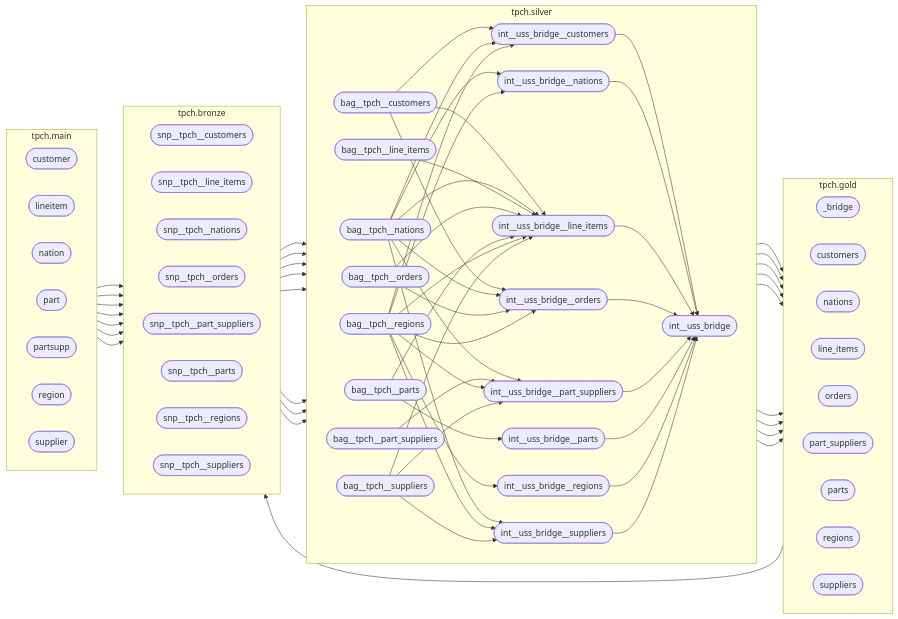
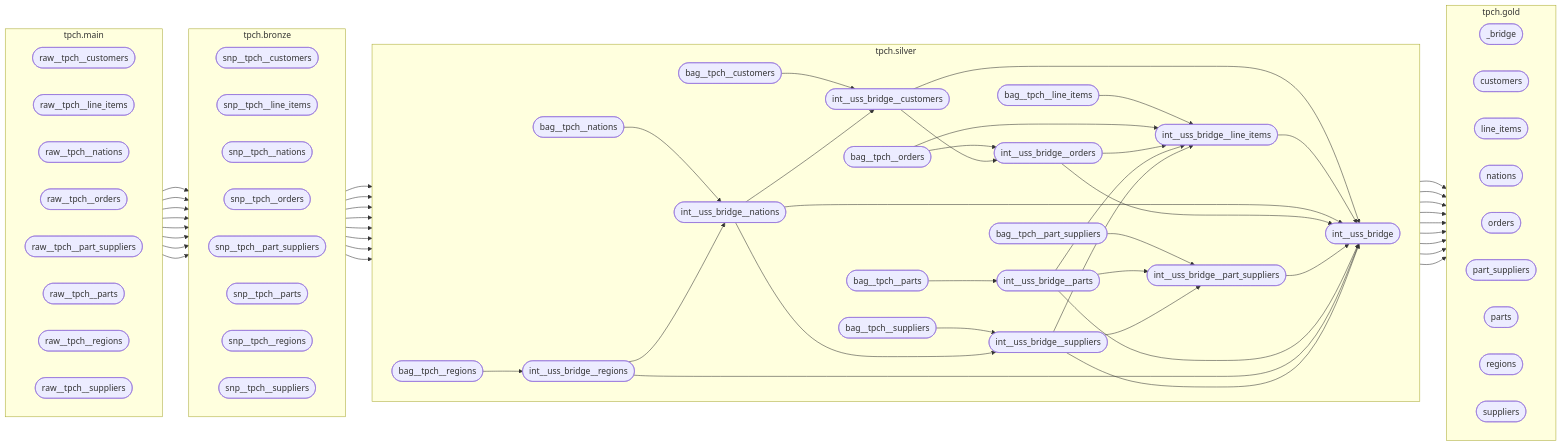
One commit to mattiasthalen/tpch changed the diagram in dag.mmd. Above: the diagram before and after it, drawn with Mermaid. The commit also changed 10 other files, not shown here.

```diff
--- a/dag.mmd
+++ b/dag.mmd
@@ -1,124 +1,117 @@
 flowchart LR
     subgraph tpch.bronze["tpch.bronze"]
         direction LR
         snp__tpch__customers(["snp__tpch__customers"])
         snp__tpch__line_items(["snp__tpch__line_items"])
         snp__tpch__nations(["snp__tpch__nations"])
         snp__tpch__orders(["snp__tpch__orders"])
         snp__tpch__part_suppliers(["snp__tpch__part_suppliers"])
         snp__tpch__parts(["snp__tpch__parts"])
         snp__tpch__regions(["snp__tpch__regions"])
         snp__tpch__suppliers(["snp__tpch__suppliers"])
     end
 
     subgraph tpch.silver["tpch.silver"]
         direction LR
         bag__tpch__customers(["bag__tpch__customers"])
+        bag__tpch__line_items(["bag__tpch__line_items"])
         bag__tpch__nations(["bag__tpch__nations"])
-        bag__tpch__line_items(["bag__tpch__line_items"])
         bag__tpch__orders(["bag__tpch__orders"])
         bag__tpch__part_suppliers(["bag__tpch__part_suppliers"])
         bag__tpch__parts(["bag__tpch__parts"])
         bag__tpch__regions(["bag__tpch__regions"])
         bag__tpch__suppliers(["bag__tpch__suppliers"])
         int__uss_bridge(["int__uss_bridge"])
         int__uss_bridge__customers(["int__uss_bridge__customers"])
+        int__uss_bridge__line_items(["int__uss_bridge__line_items"])
         int__uss_bridge__nations(["int__uss_bridge__nations"])
-        int__uss_bridge__line_items(["int__uss_bridge__line_items"])
         int__uss_bridge__orders(["int__uss_bridge__orders"])
         int__uss_bridge__part_suppliers(["int__uss_bridge__part_suppliers"])
         int__uss_bridge__parts(["int__uss_bridge__parts"])
         int__uss_bridge__regions(["int__uss_bridge__regions"])
         int__uss_bridge__suppliers(["int__uss_bridge__suppliers"])
     end
 
     subgraph tpch.gold["tpch.gold"]
         direction LR
         _bridge(["_bridge"])
         customers(["customers"])
+        line_items(["line_items"])
         nations(["nations"])
-        line_items(["line_items"])
         orders(["orders"])
         part_suppliers(["part_suppliers"])
         parts(["parts"])
         regions(["regions"])
         suppliers(["suppliers"])
     end
 
     subgraph tpch.main["tpch.main"]
         direction LR
-        customer(["customer"])
-        lineitem(["lineitem"])
-        nation(["nation"])
-        orders(["orders"])
-        part(["part"])
-        partsupp(["partsupp"])
-        region(["region"])
-        supplier(["supplier"])
+        raw__tpch__customers(["raw__tpch__customers"])
+        raw__tpch__line_items(["raw__tpch__line_items"])
+        raw__tpch__nations(["raw__tpch__nations"])
+        raw__tpch__orders(["raw__tpch__orders"])
+        raw__tpch__part_suppliers(["raw__tpch__part_suppliers"])
+        raw__tpch__parts(["raw__tpch__parts"])
+        raw__tpch__regions(["raw__tpch__regions"])
+        raw__tpch__suppliers(["raw__tpch__suppliers"])
     end
 
     %% tpch.bronze -> tpch.silver
     snp__tpch__customers --> bag__tpch__customers
     snp__tpch__line_items --> bag__tpch__line_items
     snp__tpch__nations --> bag__tpch__nations
     snp__tpch__orders --> bag__tpch__orders
     snp__tpch__part_suppliers --> bag__tpch__part_suppliers
     snp__tpch__parts --> bag__tpch__parts
     snp__tpch__regions --> bag__tpch__regions
     snp__tpch__suppliers --> bag__tpch__suppliers
 
     %% tpch.silver -> tpch.silver
     bag__tpch__customers --> int__uss_bridge__customers
-    bag__tpch__customers --> int__uss_bridge__line_items
-    bag__tpch__customers --> int__uss_bridge__orders
-    bag__tpch__nations --> int__uss_bridge__customers
+    bag__tpch__line_items --> int__uss_bridge__line_items
     bag__tpch__nations --> int__uss_bridge__nations
-    bag__tpch__nations --> int__uss_bridge__line_items
-    bag__tpch__nations --> int__uss_bridge__orders
-    bag__tpch__nations --> int__uss_bridge__part_suppliers
-    bag__tpch__nations --> int__uss_bridge__suppliers
-    bag__tpch__line_items --> int__uss_bridge__line_items
     bag__tpch__orders --> int__uss_bridge__line_items
     bag__tpch__orders --> int__uss_bridge__orders
     bag__tpch__part_suppliers --> int__uss_bridge__part_suppliers
-    bag__tpch__parts --> int__uss_bridge__line_items
     bag__tpch__parts --> int__uss_bridge__parts
-    bag__tpch__regions --> int__uss_bridge__customers
-    bag__tpch__regions --> int__uss_bridge__nations
-    bag__tpch__regions --> int__uss_bridge__line_items
-    bag__tpch__regions --> int__uss_bridge__orders
-    bag__tpch__regions --> int__uss_bridge__part_suppliers
     bag__tpch__regions --> int__uss_bridge__regions
-    bag__tpch__regions --> int__uss_bridge__suppliers
-    bag__tpch__suppliers --> int__uss_bridge__line_items
-    bag__tpch__suppliers --> int__uss_bridge__part_suppliers
     bag__tpch__suppliers --> int__uss_bridge__suppliers
     int__uss_bridge__customers --> int__uss_bridge
+    int__uss_bridge__customers --> int__uss_bridge__orders
+    int__uss_bridge__line_items --> int__uss_bridge
     int__uss_bridge__nations --> int__uss_bridge
-    int__uss_bridge__line_items --> int__uss_bridge
+    int__uss_bridge__nations --> int__uss_bridge__customers
+    int__uss_bridge__nations --> int__uss_bridge__suppliers
     int__uss_bridge__orders --> int__uss_bridge
+    int__uss_bridge__orders --> int__uss_bridge__line_items
     int__uss_bridge__part_suppliers --> int__uss_bridge
     int__uss_bridge__parts --> int__uss_bridge
+    int__uss_bridge__parts --> int__uss_bridge__line_items
+    int__uss_bridge__parts --> int__uss_bridge__part_suppliers
     int__uss_bridge__regions --> int__uss_bridge
+    int__uss_bridge__regions --> int__uss_bridge__nations
     int__uss_bridge__suppliers --> int__uss_bridge
+    int__uss_bridge__suppliers --> int__uss_bridge__line_items
+    int__uss_bridge__suppliers --> int__uss_bridge__part_suppliers
 
     %% tpch.silver -> tpch.gold
     bag__tpch__customers --> customers
+    bag__tpch__line_items --> line_items
     bag__tpch__nations --> nations
-    bag__tpch__line_items --> line_items
     bag__tpch__orders --> orders
     bag__tpch__part_suppliers --> part_suppliers
     bag__tpch__parts --> parts
     bag__tpch__regions --> regions
     bag__tpch__suppliers --> suppliers
     int__uss_bridge --> _bridge
 
     %% tpch.main -> tpch.bronze
-    customer --> snp__tpch__customers
-    lineitem --> snp__tpch__line_items
-    nation --> snp__tpch__nations
-    orders --> snp__tpch__orders
-    part --> snp__tpch__parts
-    partsupp --> snp__tpch__part_suppliers
-    region --> snp__tpch__regions
-    supplier --> snp__tpch__suppliers
+    raw__tpch__customers --> snp__tpch__customers
+    raw__tpch__line_items --> snp__tpch__line_items
+    raw__tpch__nations --> snp__tpch__nations
+    raw__tpch__orders --> snp__tpch__orders
+    raw__tpch__part_suppliers --> snp__tpch__part_suppliers
+    raw__tpch__parts --> snp__tpch__parts
+    raw__tpch__regions --> snp__tpch__regions
+    raw__tpch__suppliers --> snp__tpch__suppliers
```
